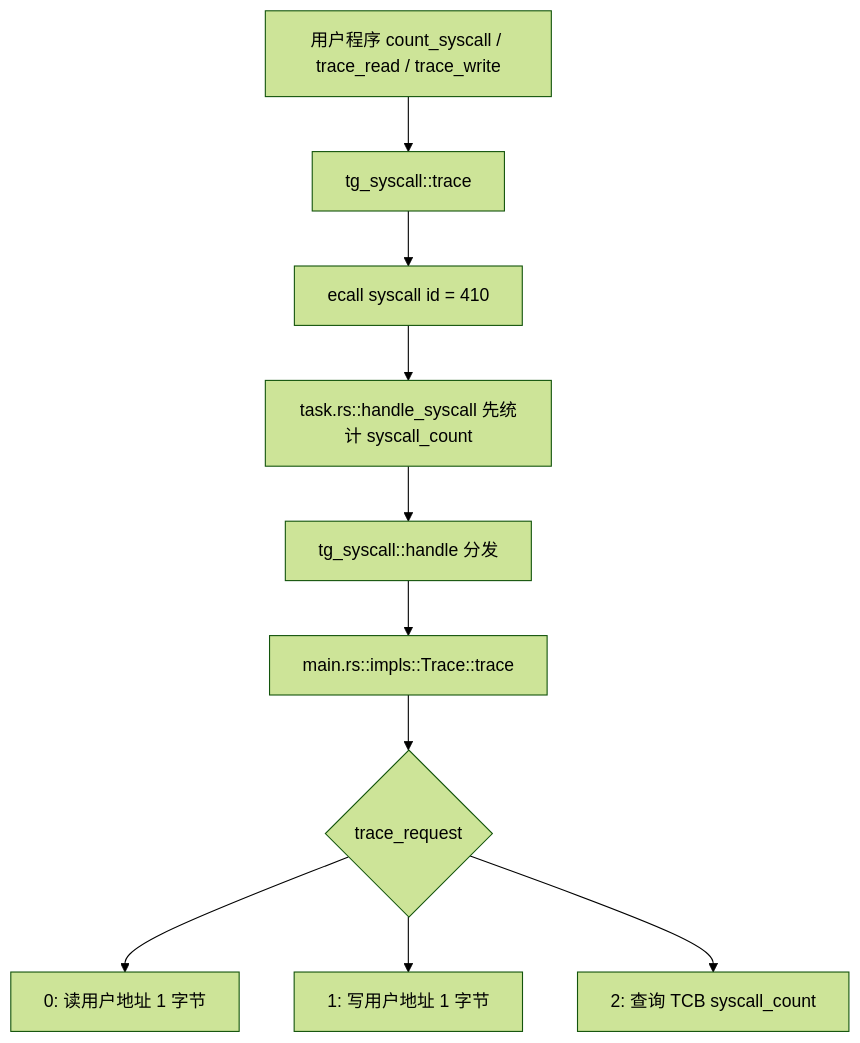
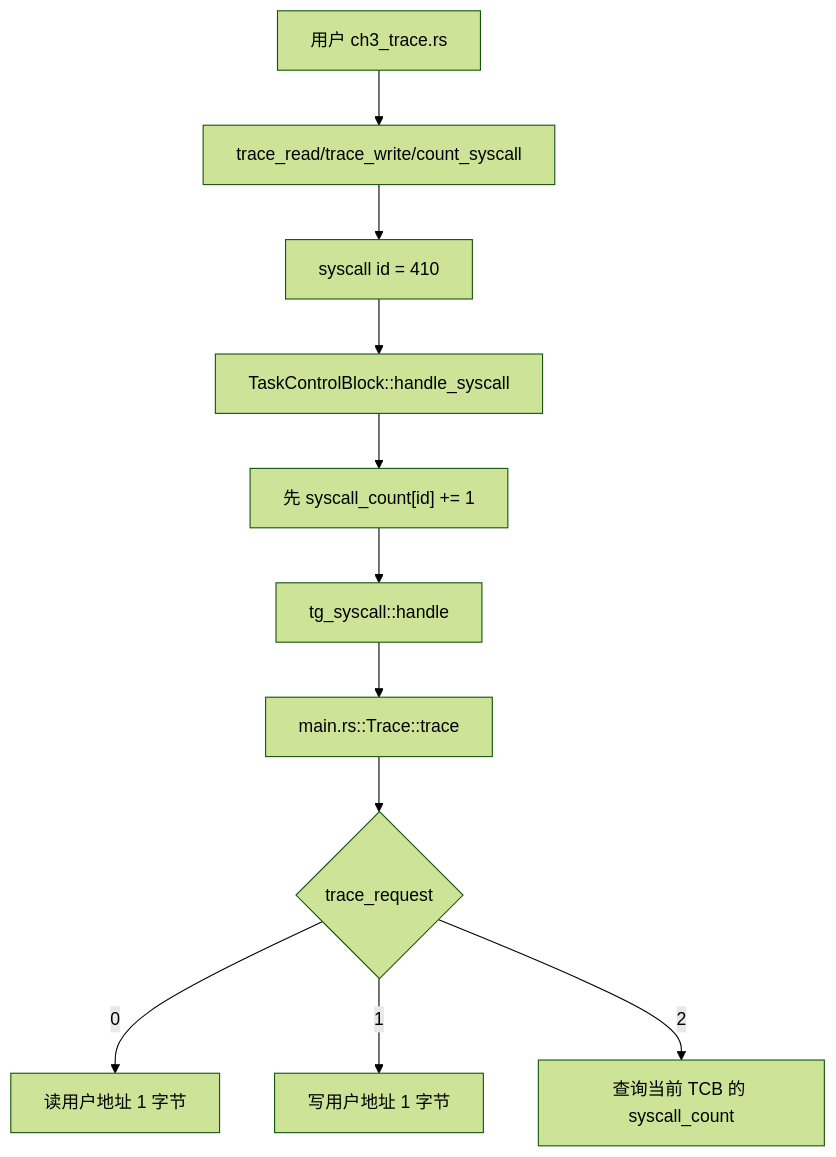
Before and after one commit to flyyansii/Tg-rCore-Tutorial-2026S: the eighth of 8 diagrams in doc/ch3/rCore-ch3-代码链与模块对应底稿.md, drawn with Mermaid (forest theme). The commit also changed other lines of this file and 7 other files, not shown here.

````diff
--- a/doc/ch3/rCore-ch3-代码链与模块对应底稿.md
+++ b/doc/ch3/rCore-ch3-代码链与模块对应底稿.md
@@ -188,12 +357,13 @@
 ```mermaid
 flowchart TD
-    A["用户程序 count_syscall / trace_read / trace_write"] --> B["tg_syscall::trace"]
-    B --> C["ecall syscall id = 410"]
-    C --> D["task.rs::handle_syscall 先统计 syscall_count"]
-    D --> E["tg_syscall::handle 分发"]
-    E --> F["main.rs::impls::Trace::trace"]
-    F --> G{"trace_request"}
-    G --> H["0: 读用户地址 1 字节"]
-    G --> I["1: 写用户地址 1 字节"]
-    G --> J["2: 查询 TCB syscall_count"]
+    A["用户 ch3_trace.rs"] --> B["trace_read/trace_write/count_syscall"]
+    B --> C["syscall id = 410"]
+    C --> D["TaskControlBlock::handle_syscall"]
+    D --> E["先 syscall_count[id] += 1"]
+    E --> F["tg_syscall::handle"]
+    F --> G["main.rs::Trace::trace"]
+    G --> H{"trace_request"}
+    H -- "0" --> I["读用户地址 1 字节"]
+    H -- "1" --> J["写用户地址 1 字节"]
+    H -- "2" --> K["查询当前 TCB 的 syscall_count"]
 ```
````
